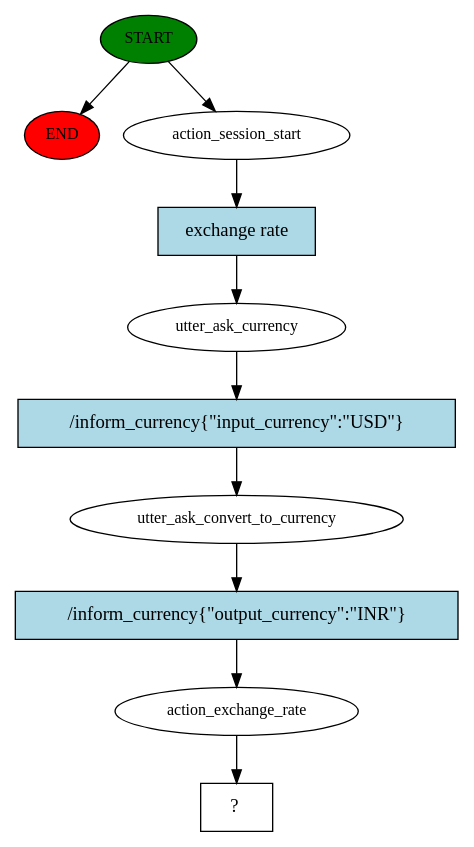
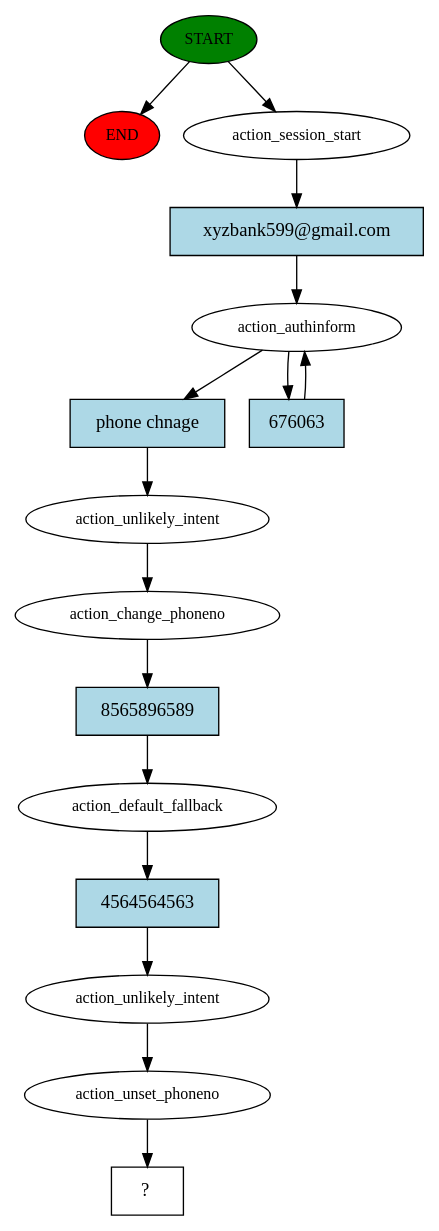
Before and after one commit to Atharv157/RasaDjangoChatbot: the diagram in rasa/story_graph.dot, drawn with Graphviz. The commit also changed 26 other files, not shown here.

```diff
--- a/rasa/story_graph.dot
+++ b/rasa/story_graph.dot
@@ -1,21 +1,32 @@
 digraph  {
 0 [class="start active", fillcolor=green, fontsize=12, label=START, style=filled];
 "-1" [class=end, fillcolor=red, fontsize=12, label=END, style=filled];
 1 [class=active, fontsize=12, label=action_session_start];
-2 [class=active, fontsize=12, label=utter_ask_currency];
-3 [class=active, fontsize=12, label=utter_ask_convert_to_currency];
-4 [class=active, fontsize=12, label=action_exchange_rate];
-5 [class="intent dashed active", label="  ?  ", shape=rect];
-6 [class="intent active", fillcolor=lightblue, label="exchange rate", shape=rect, style=filled];
-7 [class="intent active", fillcolor=lightblue, label="/inform_currency{\"input_currency\":\"USD\"}", shape=rect, style=filled];
-8 [class="intent active", fillcolor=lightblue, label="/inform_currency{\"output_currency\":\"INR\"}", shape=rect, style=filled];
+2 [class=active, fontsize=12, label=action_authinform];
+4 [class=active, fontsize=12, label=action_unlikely_intent];
+5 [class=active, fontsize=12, label=action_change_phoneno];
+6 [class=active, fontsize=12, label=action_default_fallback];
+7 [class=active, fontsize=12, label=action_unlikely_intent];
+8 [class=active, fontsize=12, label=action_unset_phoneno];
+9 [class="intent dashed active", label="  ?  ", shape=rect];
+10 [class="intent active", fillcolor=lightblue, label="xyzbank599@gmail.com", shape=rect, style=filled];
+11 [class="intent active", fillcolor=lightblue, label="phone chnage", shape=rect, style=filled];
+12 [class="intent active", fillcolor=lightblue, label=676063, shape=rect, style=filled];
+13 [class="intent active", fillcolor=lightblue, label=8565896589, shape=rect, style=filled];
+14 [class="intent active", fillcolor=lightblue, label=4564564563, shape=rect, style=filled];
 0 -> "-1"  [class="", key=NONE, label=""];
 0 -> 1  [class=active, key=NONE, label=""];
-1 -> 6  [class=active, key=0];
-2 -> 7  [class=active, key=0];
-3 -> 8  [class=active, key=0];
+1 -> 10  [class=active, key=0];
+2 -> 11  [class=active, key=0];
+2 -> 12  [class=active, key=0];
 4 -> 5  [class=active, key=NONE, label=""];
-6 -> 2  [class=active, key=0];
-7 -> 3  [class=active, key=0];
-8 -> 4  [class=active, key=0];
+5 -> 13  [class=active, key=0];
+6 -> 14  [class=active, key=0];
+7 -> 8  [class=active, key=NONE, label=""];
+8 -> 9  [class=active, key=NONE, label=""];
+10 -> 2  [class=active, key=0];
+11 -> 4  [class=active, key=0];
+12 -> 2  [class=active, key=0];
+13 -> 6  [class=active, key=0];
+14 -> 7  [class=active, key=0];
 }
```
